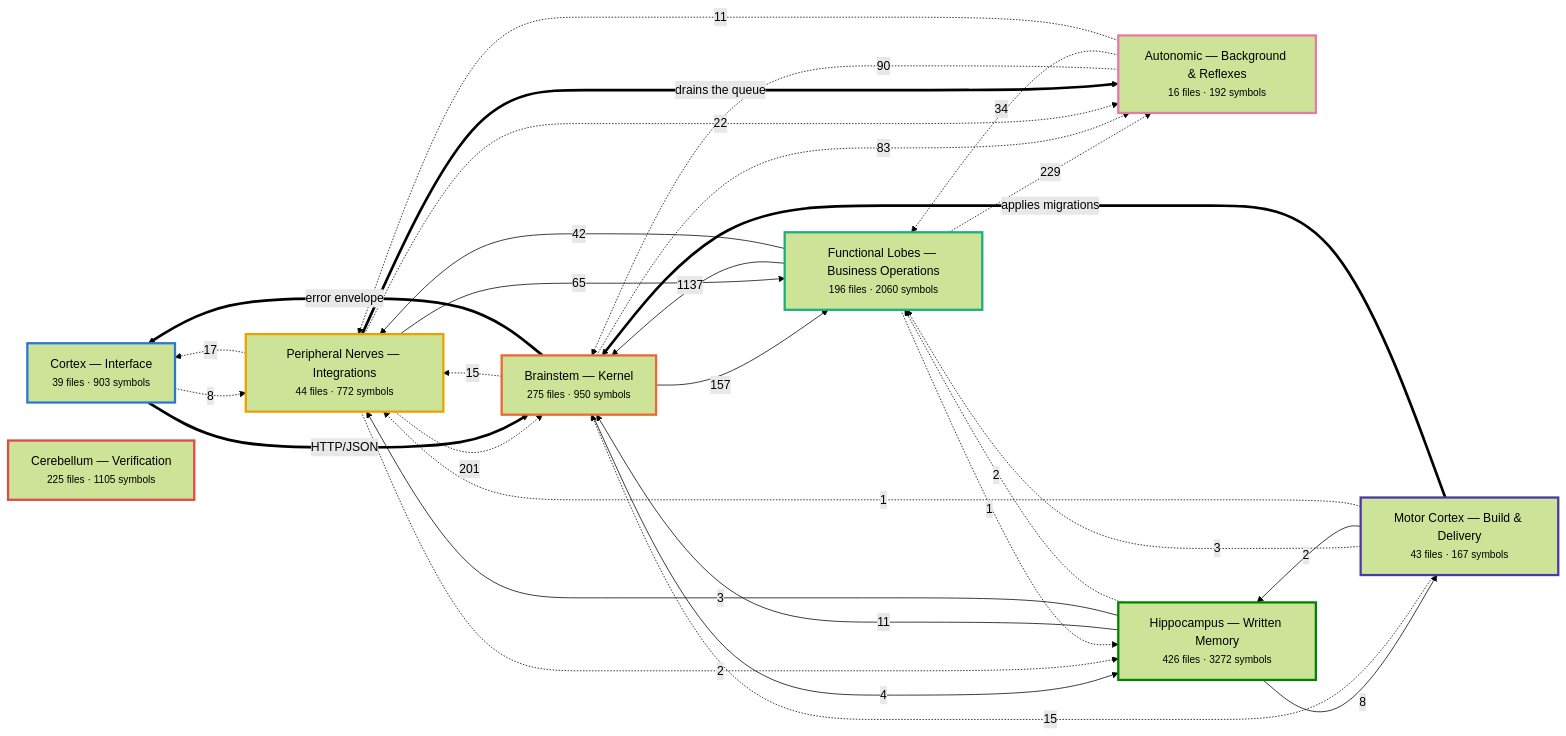
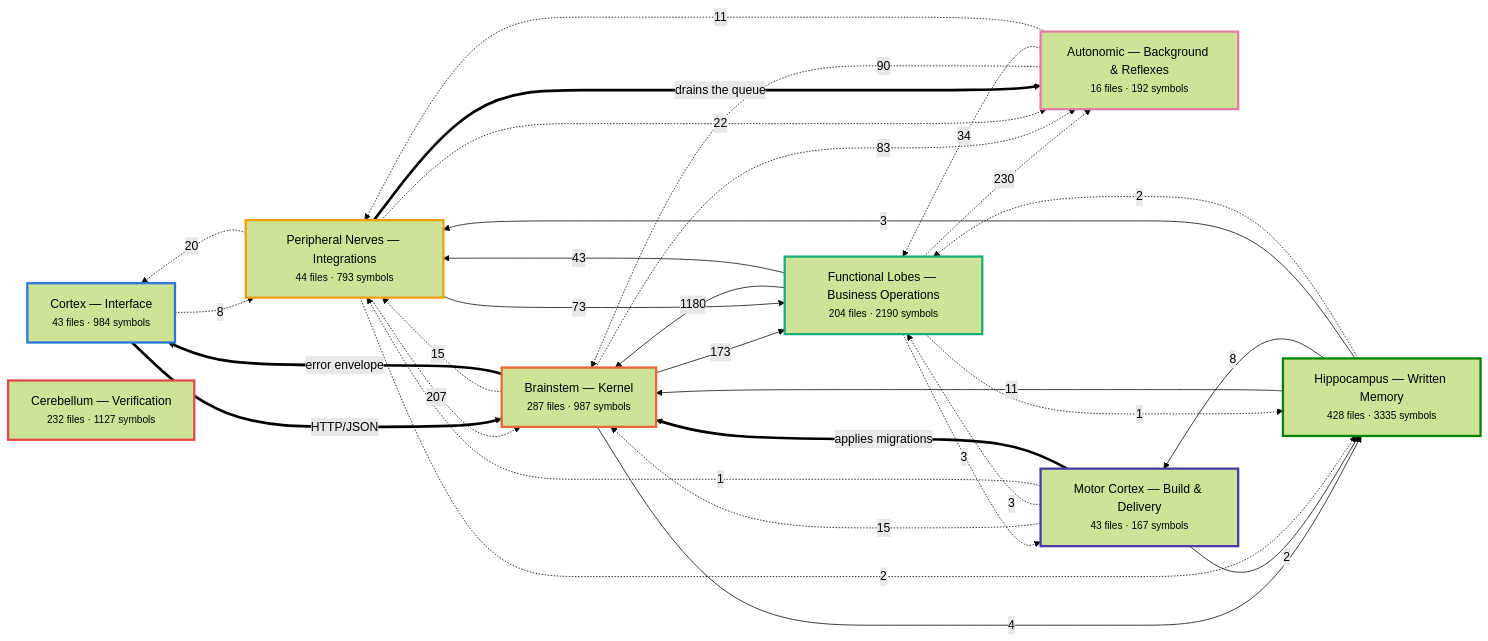
Before and after one commit to Vishalnayak226/custom_erp: the first of 7 diagrams in docs/brain/BRAIN.md, drawn with Mermaid (forest theme). The commit also changed other lines of this file and 112 other files, not shown here.

````diff
--- a/docs/brain/BRAIN.md
+++ b/docs/brain/BRAIN.md
@@ -35,56 +35,57 @@
 ```mermaid
 flowchart LR
-  n_cortex["Cortex — Interface<br/><small>39 files · 903 symbols</small>"]
-  n_brainstem["Brainstem — Kernel<br/><small>275 files · 950 symbols</small>"]
-  n_business["Functional Lobes — Business Operations<br/><small>196 files · 2060 symbols</small>"]
-  n_peripheral["Peripheral Nerves — Integrations<br/><small>44 files · 772 symbols</small>"]
+  n_cortex["Cortex — Interface<br/><small>43 files · 984 symbols</small>"]
+  n_brainstem["Brainstem — Kernel<br/><small>287 files · 987 symbols</small>"]
+  n_business["Functional Lobes — Business Operations<br/><small>204 files · 2190 symbols</small>"]
+  n_peripheral["Peripheral Nerves — Integrations<br/><small>44 files · 793 symbols</small>"]
   n_autonomic["Autonomic — Background & Reflexes<br/><small>16 files · 192 symbols</small>"]
-  n_memory["Hippocampus — Written Memory<br/><small>426 files · 3272 symbols</small>"]
+  n_memory["Hippocampus — Written Memory<br/><small>428 files · 3335 symbols</small>"]
   n_motor["Motor Cortex — Build & Delivery<br/><small>43 files · 167 symbols</small>"]
-  n_verification["Cerebellum — Verification<br/><small>225 files · 1105 symbols</small>"]
-  n_business -->|1137| n_brainstem
-  n_business -.->|229| n_autonomic
-  n_peripheral -.->|201| n_brainstem
-  n_brainstem -->|157| n_business
+  n_verification["Cerebellum — Verification<br/><small>232 files · 1127 symbols</small>"]
+  n_business -->|1180| n_brainstem
+  n_business -.->|230| n_autonomic
+  n_peripheral -.->|207| n_brainstem
+  n_brainstem -->|173| n_business
   n_autonomic -.->|90| n_brainstem
   n_brainstem -.->|83| n_autonomic
-  n_peripheral -->|65| n_business
-  n_business -->|42| n_peripheral
+  n_peripheral -->|73| n_business
+  n_business -->|43| n_peripheral
   n_autonomic -.->|34| n_business
   n_peripheral -.->|22| n_autonomic
-  n_peripheral -.->|17| n_cortex
+  n_peripheral -.->|20| n_cortex
   n_brainstem -.->|15| n_peripheral
   n_motor -.->|15| n_brainstem
   n_autonomic -.->|11| n_peripheral
   n_memory -->|11| n_brainstem
   n_cortex -.->|8| n_peripheral
   n_memory -->|8| n_motor
   n_brainstem -->|4| n_memory
+  n_business -.->|3| n_motor
   n_memory -->|3| n_peripheral
   n_motor -.->|3| n_business
   n_memory -.->|2| n_business
   n_motor -->|2| n_memory
   n_peripheral -.->|2| n_memory
   n_business -.->|1| n_memory
   n_motor -.->|1| n_peripheral
   n_brainstem ==>|error envelope| n_cortex
   n_cortex ==>|HTTP/JSON| n_brainstem
   n_motor ==>|applies migrations| n_brainstem
   n_peripheral ==>|drains the queue| n_autonomic
   classDef n_cortex stroke:#2a78d6,stroke-width:3px;
   class n_cortex n_cortex;
   classDef n_brainstem stroke:#eb6834,stroke-width:3px;
   class n_brainstem n_brainstem;
   classDef n_business stroke:#1baf7a,stroke-width:3px;
   class n_business n_business;
   classDef n_peripheral stroke:#eda100,stroke-width:3px;
   class n_peripheral n_peripheral;
   classDef n_autonomic stroke:#e87ba4,stroke-width:3px;
   class n_autonomic n_autonomic;
   classDef n_memory stroke:#008300,stroke-width:3px;
   class n_memory n_memory;
   classDef n_motor stroke:#4a3aa7,stroke-width:3px;
   class n_motor n_motor;
   classDef n_verification stroke:#e34948,stroke-width:3px;
   class n_verification n_verification;
 ```
````
